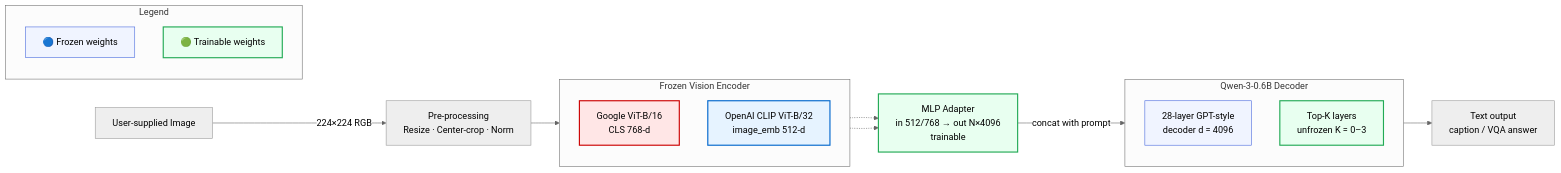
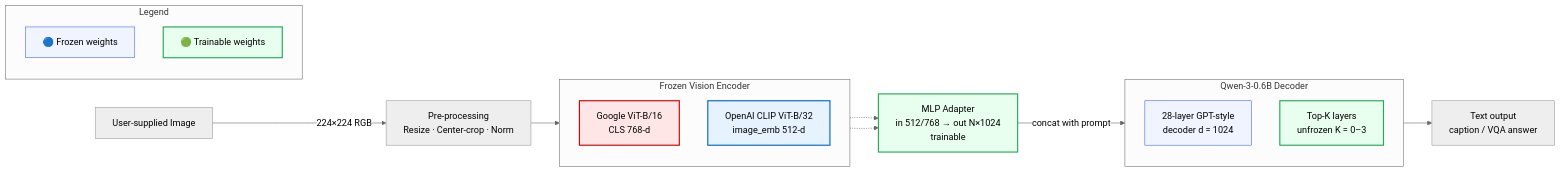
Before and after one commit to Clementha/MLX8-W4-Multimodal-TransferLearning: the second of 4 diagrams in .charles/multimodal/README.md, drawn with Mermaid (neutral theme). The commit also changed other lines of this file and 3 other files, not shown here.

````diff
--- a/.charles/multimodal/README.md
+++ b/.charles/multimodal/README.md
@@ -34,40 +34,40 @@
 ```mermaid
 flowchart LR
     %% =========  INPUT  ========= %%
     IMG[User-supplied Image] --> |224×224 RGB| PREP[Pre-processing<br/>Resize · Center-crop · Norm]
 
     %% =========  VISION ENCODER  ========= %%
     PREP --> VE
     subgraph FrozenVisionEncoder [Frozen Vision Encoder]
         direction TB
         VE[Google ViT-B/16<br/>CLS 768-d]:::vit
         altVE[OpenAI CLIP ViT-B/32<br/>image_emb 512-d]:::clip
     end
     classDef box stroke:#555,stroke-width:1px,fill:#fdfdfd
 
     %% =========  ADAPTER  ========= %%
     VE -.-> BRIDGE
     altVE -.-> BRIDGE
-    BRIDGE[MLP Adapter<br/>in 512/768 → out N×4096<br/>trainable]:::train
+    BRIDGE[MLP Adapter<br/>in 512/768 → out N×1024<br/>trainable]:::train
     classDef train fill:#e8fff0,stroke:#22aa55,stroke-width:2px
 
     %% =========  QWEN DECODER  ========= %%
     BRIDGE -->|concat with prompt| QWEN
     subgraph QwenDecoder [Qwen-3-0.6B Decoder]
         direction TB
-        QWEN[28-layer GPT-style<br/>decoder d = 4096]:::frozen
+        QWEN[28-layer GPT-style<br/>decoder d = 1024]:::frozen
         TOPK[Top-K layers<br/>unfrozen K = 0–3]:::train
     end
     classDef frozen fill:#f0f4ff,stroke:#4466dd
 
     QWEN --> TEXT[Text output<br/>caption / VQA answer]
 
     %% =========  LEGEND  ========= %%
     subgraph Legend
         L1[🔵 Frozen weights]:::frozen
         L2[🟢 Trainable weights]:::train
     end
     
     classDef vit fill:#ffe6e6,stroke:#cc0000,stroke-width:2px
     classDef clip fill:#e6f3ff,stroke:#0066cc,stroke-width:2px
 ```
````
